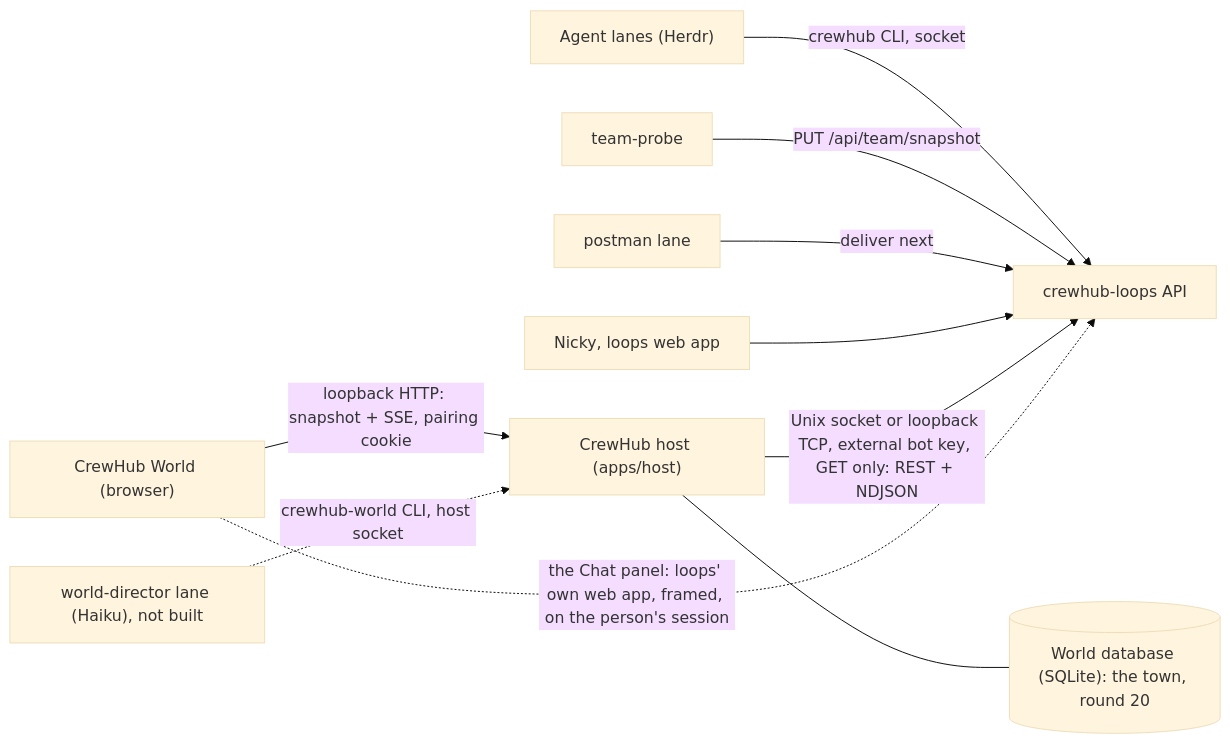
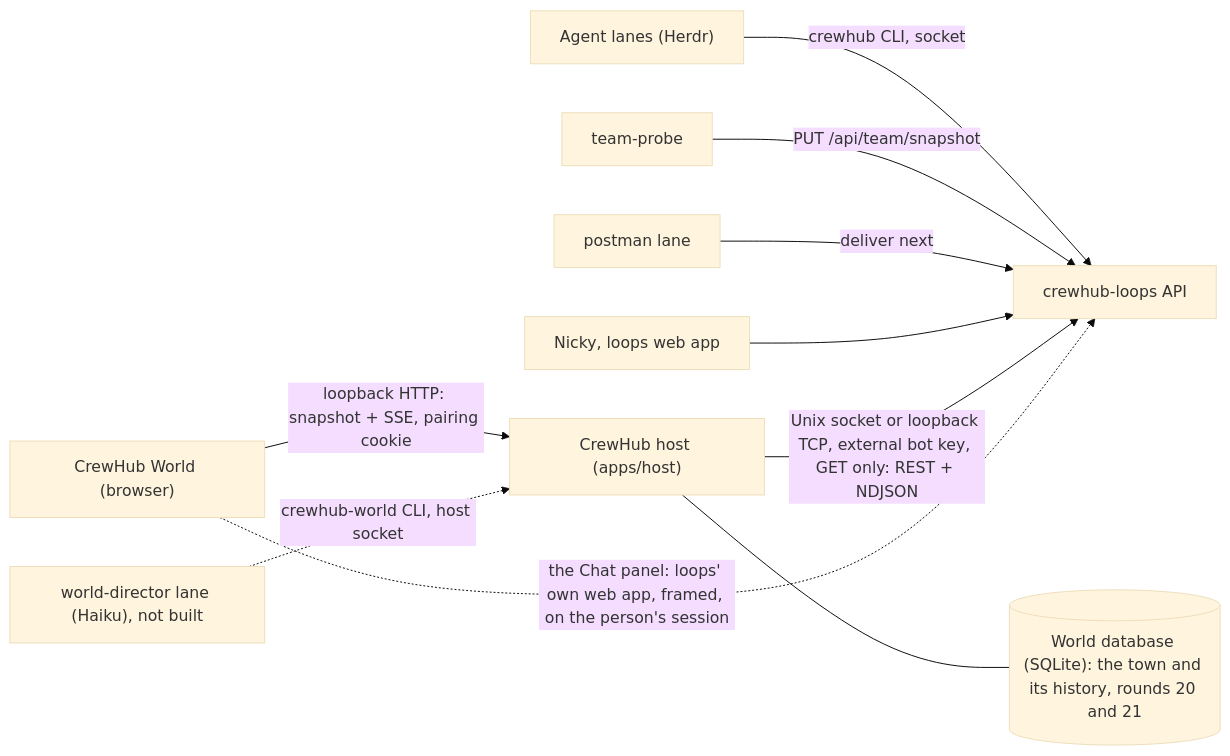
The diagram in docs/ARCHITECTURE.md (EKINSOL-DEV/crewhub2), drawn with Mermaid (base theme) before and after one commit. The commit also changed other lines of this file and 7 other files, not shown here.

````diff
--- a/docs/ARCHITECTURE.md
+++ b/docs/ARCHITECTURE.md
@@ -21,12 +22,12 @@
 ```mermaid
 flowchart LR
   Agents["Agent lanes (Herdr)"] -- "crewhub CLI, socket" --> Loops["crewhub-loops API"]
   Probe["team-probe"] -- "PUT /api/team/snapshot" --> Loops
   Postman["postman lane"] -- "deliver next" --> Loops
   People["Nicky, loops web app"] --> Loops
   Host["CrewHub host (apps/host)"] -- "Unix socket or loopback TCP, external bot key, GET only: REST + NDJSON" --> Loops
-  Host --- DB[("World database (SQLite): the town, round 20")]
+  Host --- DB[("World database (SQLite): the town and its history, rounds 20 and 21")]
   Browser["CrewHub World (browser)"] -- "loopback HTTP: snapshot + SSE, pairing cookie" --> Host
   Browser -. "the Chat panel: loops' own web app, framed, on the person's session" .-> Loops
   Director["world-director lane (Haiku), not built"] -. "crewhub-world CLI, host socket" .-> Host
 ```
````
